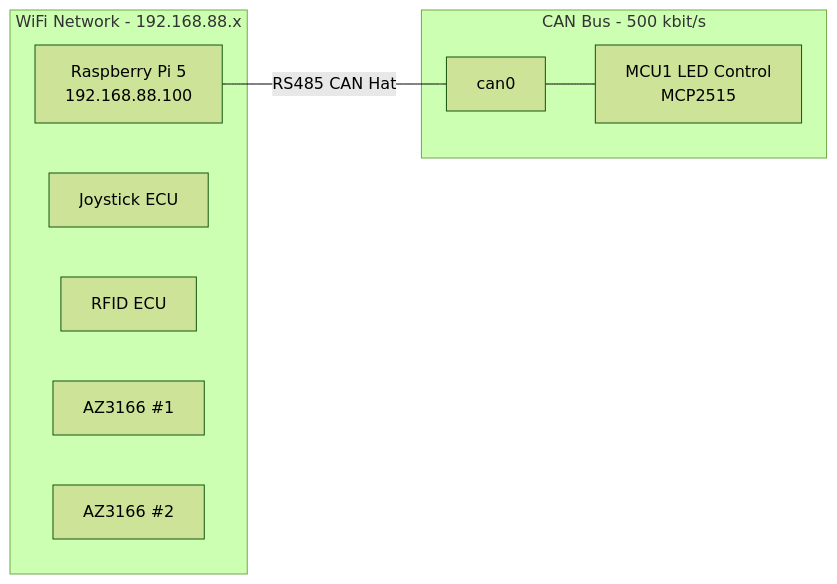
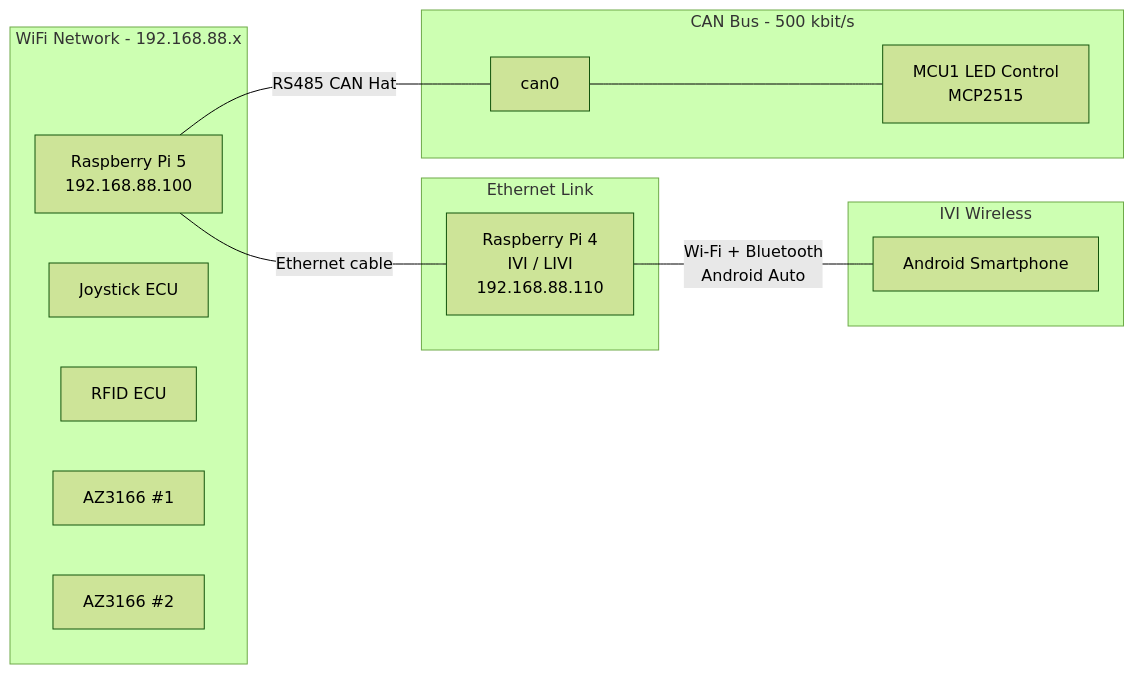
The second of 2 diagrams in docs/website/architecture.md (eclipse-sdv-blueprints/e2e-vehicle-signals), drawn with Mermaid (forest theme) before and after one commit. The commit also changed other lines of this file and 9 other files, not shown here.

````diff
--- a/docs/website/architecture.md
+++ b/docs/website/architecture.md
@@ -144,14 +173,20 @@
 ```mermaid
 graph LR
     subgraph WiFi["WiFi Network - 192.168.88.x"]
         PI5[Raspberry Pi 5<br/>192.168.88.100]
         JOY[Joystick ECU]
         RFID[RFID ECU]
         AZ1[AZ3166 #1]
         AZ2[AZ3166 #2]
     end
+    subgraph Eth["Ethernet Link"]
+        PI5 ---|Ethernet cable| PI4[Raspberry Pi 4<br/>IVI / LIVI<br/>192.168.88.110]
+    end
+    subgraph PhoneLink["IVI Wireless"]
+        PI4 ---|Wi-Fi + Bluetooth<br/>Android Auto| PHONE[Android Smartphone]
+    end
     subgraph CANBus["CAN Bus - 500 kbit/s"]
         PI5 ---|RS485 CAN Hat| CAN0[can0]
         CAN0 --- MCU1[MCU1 LED Control<br/>MCP2515]
     end
 ```
````
